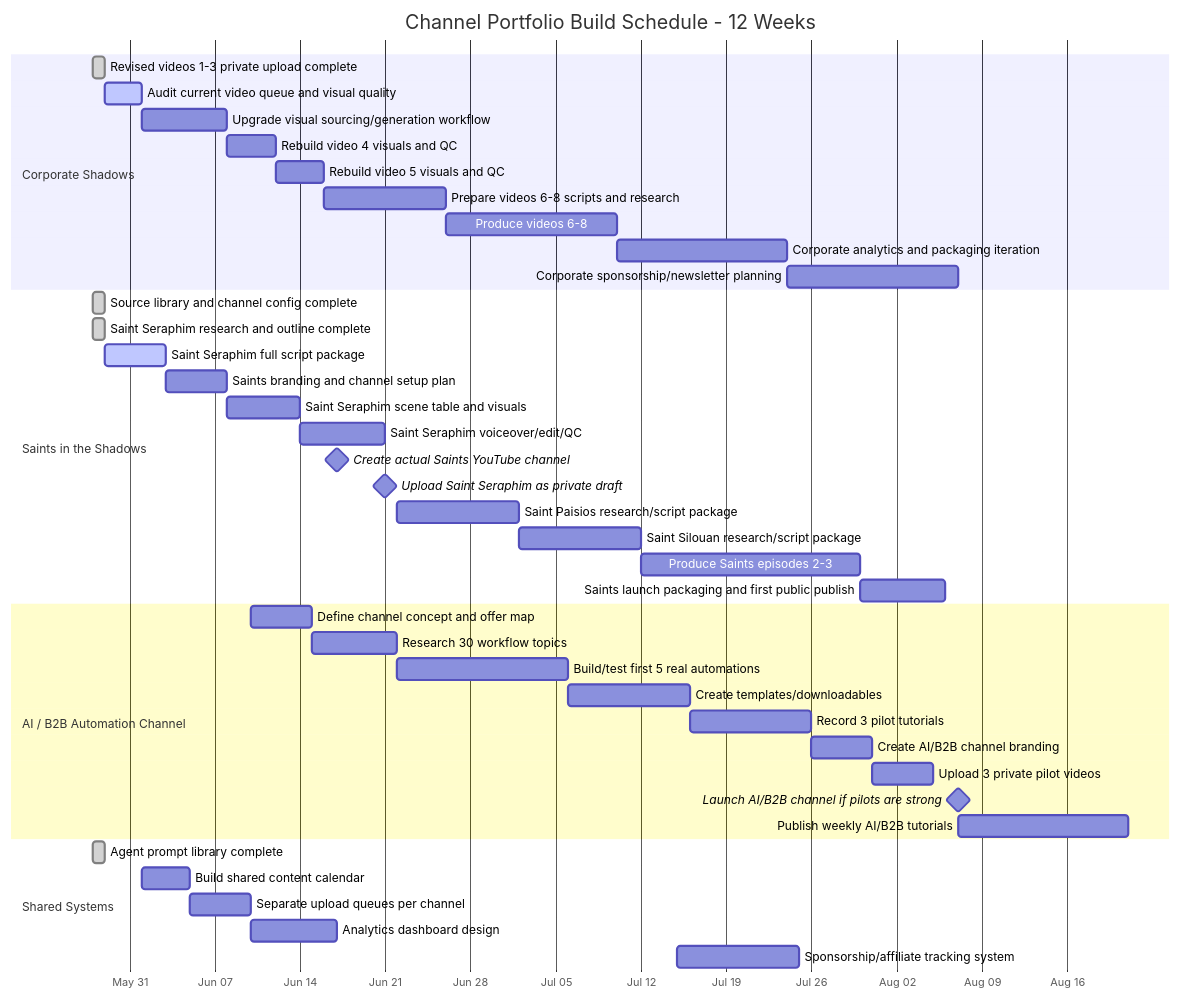
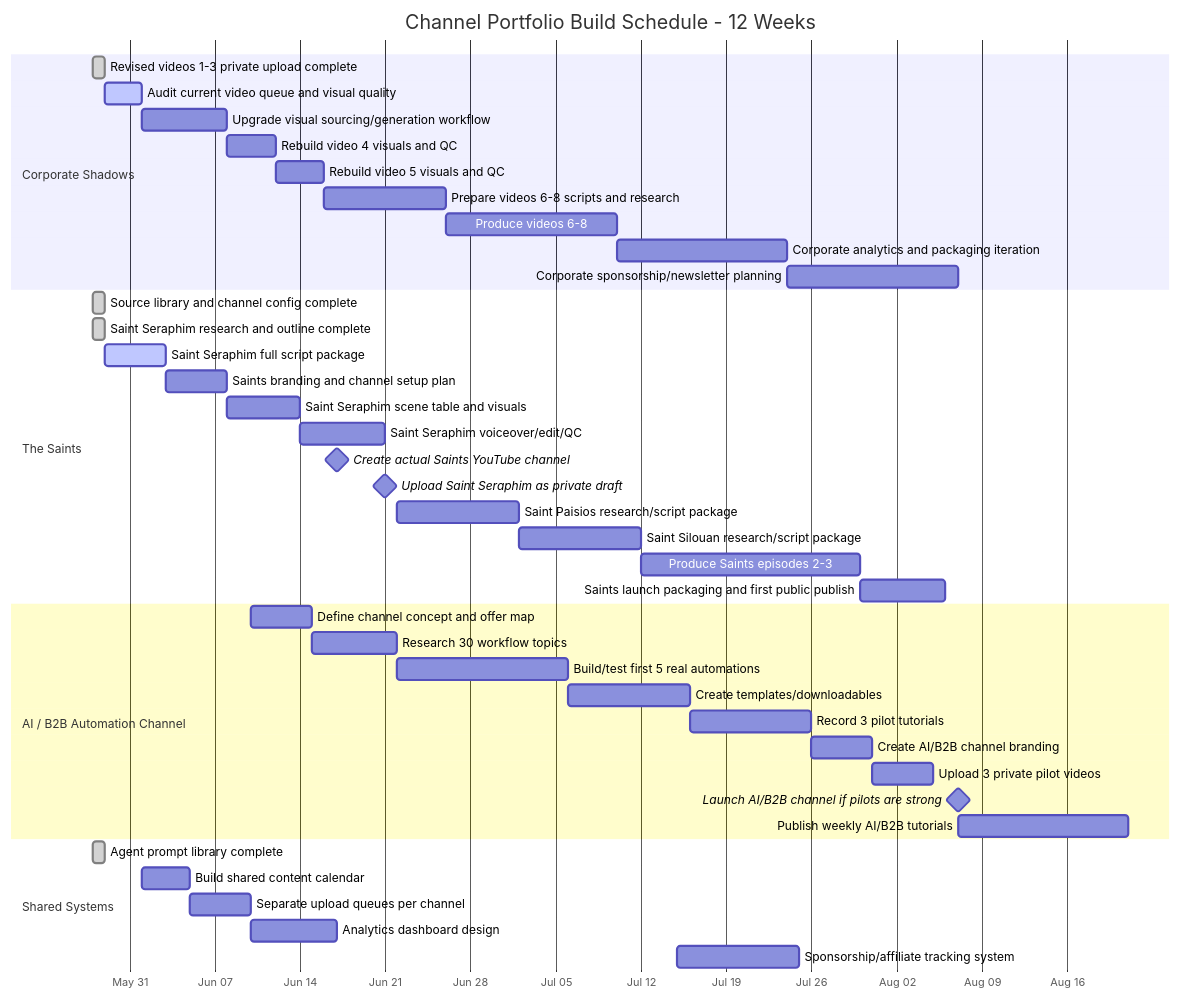
Before and after one commit to vlkovalev/faceless-youtube-creator: the diagram in docs/channel_portfolio_gantt_schedule.md, drawn with Mermaid. The commit also changed other lines of this file and 9 other files, not shown here.

````diff
--- a/docs/channel_portfolio_gantt_schedule.md
+++ b/docs/channel_portfolio_gantt_schedule.md
@@ -16,49 +16,49 @@
 ```mermaid
 gantt
     title Channel Portfolio Build Schedule - 12 Weeks
     dateFormat  YYYY-MM-DD
     axisFormat  %b %d
 
     section Corporate Shadows
     Revised videos 1-3 private upload complete      :done, cs1, 2026-05-28, 1d
     Audit current video queue and visual quality    :active, cs2, 2026-05-29, 3d
     Upgrade visual sourcing/generation workflow     :cs3, 2026-06-01, 7d
     Rebuild video 4 visuals and QC                  :cs4, 2026-06-08, 4d
     Rebuild video 5 visuals and QC                  :cs5, 2026-06-12, 4d
     Prepare videos 6-8 scripts and research         :cs6, 2026-06-16, 10d
     Produce videos 6-8                              :cs7, 2026-06-26, 14d
     Corporate analytics and packaging iteration     :cs8, 2026-07-10, 14d
     Corporate sponsorship/newsletter planning       :cs9, 2026-07-24, 14d
 
-    section Saints in the Shadows
+    section The Saints
     Source library and channel config complete      :done, st1, 2026-05-28, 1d
     Saint Seraphim research and outline complete    :done, st2, 2026-05-28, 1d
     Saint Seraphim full script package              :active, st3, 2026-05-29, 5d
     Saints branding and channel setup plan          :st4, 2026-06-03, 5d
     Saint Seraphim scene table and visuals          :st5, 2026-06-08, 6d
     Saint Seraphim voiceover/edit/QC                :st6, 2026-06-14, 7d
     Create actual Saints YouTube channel            :milestone, st7, 2026-06-17, 0d
     Upload Saint Seraphim as private draft          :milestone, st8, 2026-06-21, 0d
     Saint Paisios research/script package           :st9, 2026-06-22, 10d
     Saint Silouan research/script package           :st10, 2026-07-02, 10d
     Produce Saints episodes 2-3                     :st11, 2026-07-12, 18d
     Saints launch packaging and first public publish:st12, 2026-07-30, 7d
 
     section AI / B2B Automation Channel
     Define channel concept and offer map            :ai1, 2026-06-10, 5d
     Research 30 workflow topics                     :ai2, 2026-06-15, 7d
     Build/test first 5 real automations             :ai3, 2026-06-22, 14d
     Create templates/downloadables                  :ai4, 2026-07-06, 10d
     Record 3 pilot tutorials                        :ai5, 2026-07-16, 10d
     Create AI/B2B channel branding                  :ai6, 2026-07-26, 5d
     Upload 3 private pilot videos                   :ai7, 2026-07-31, 5d
     Launch AI/B2B channel if pilots are strong      :milestone, ai8, 2026-08-07, 0d
     Publish weekly AI/B2B tutorials                 :ai9, 2026-08-07, 14d
 
     section Shared Systems
     Agent prompt library complete                   :done, sys1, 2026-05-28, 1d
     Build shared content calendar                   :sys2, 2026-06-01, 4d
     Separate upload queues per channel              :sys3, 2026-06-05, 5d
     Analytics dashboard design                      :sys4, 2026-06-10, 7d
     Sponsorship/affiliate tracking system           :sys5, 2026-07-15, 10d
 ```
````
